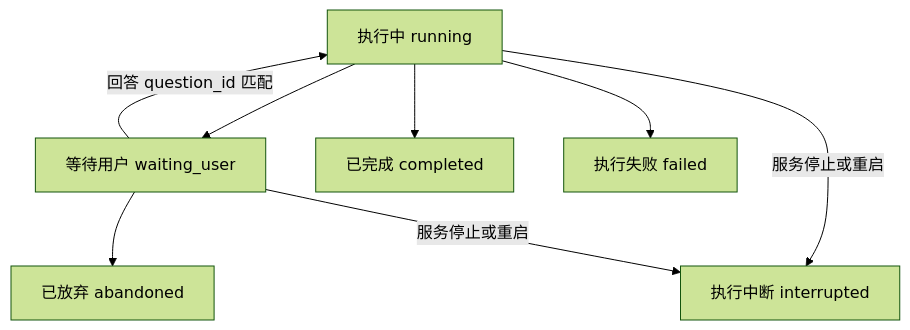
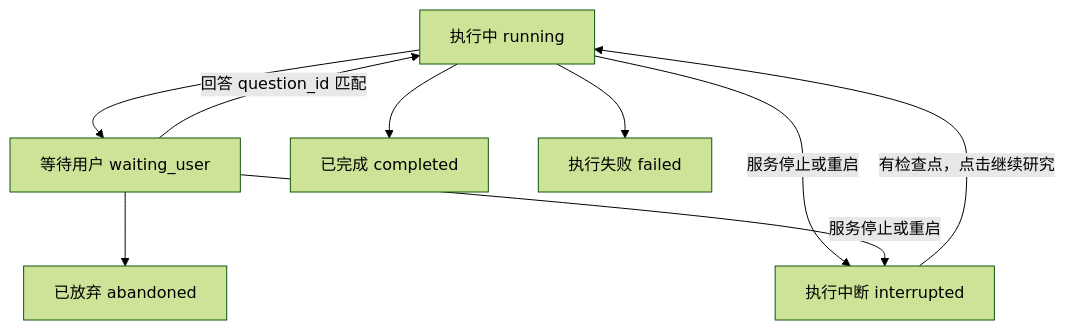
The first of 2 diagrams in docs/architecture/local_service.md (Kasensill/autonomous-atmospheric-research-agent), drawn with Mermaid (forest theme) before and after one commit. The commit also changed other lines of this file and 19 other files, not shown here.

````diff
--- a/docs/architecture/local_service.md
+++ b/docs/architecture/local_service.md
@@ -31,10 +31,11 @@
 ```mermaid
 flowchart TD
     running["执行中 running"] --> waiting_user["等待用户 waiting_user"]
     waiting_user -->|"回答 question_id 匹配"| running
     running --> completed["已完成 completed"]
     running --> failed["执行失败 failed"]
     waiting_user --> abandoned["已放弃 abandoned"]
     running -->|"服务停止或重启"| interrupted["执行中断 interrupted"]
     waiting_user -->|"服务停止或重启"| interrupted
+    interrupted -->|"有检查点，点击继续研究"| running
 ```
````
